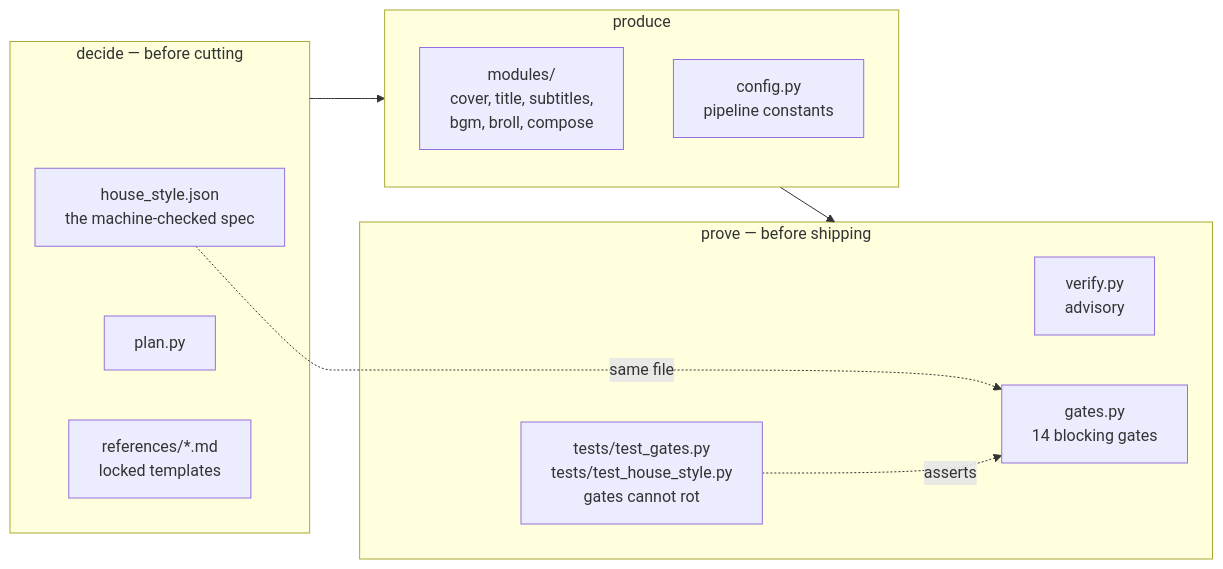
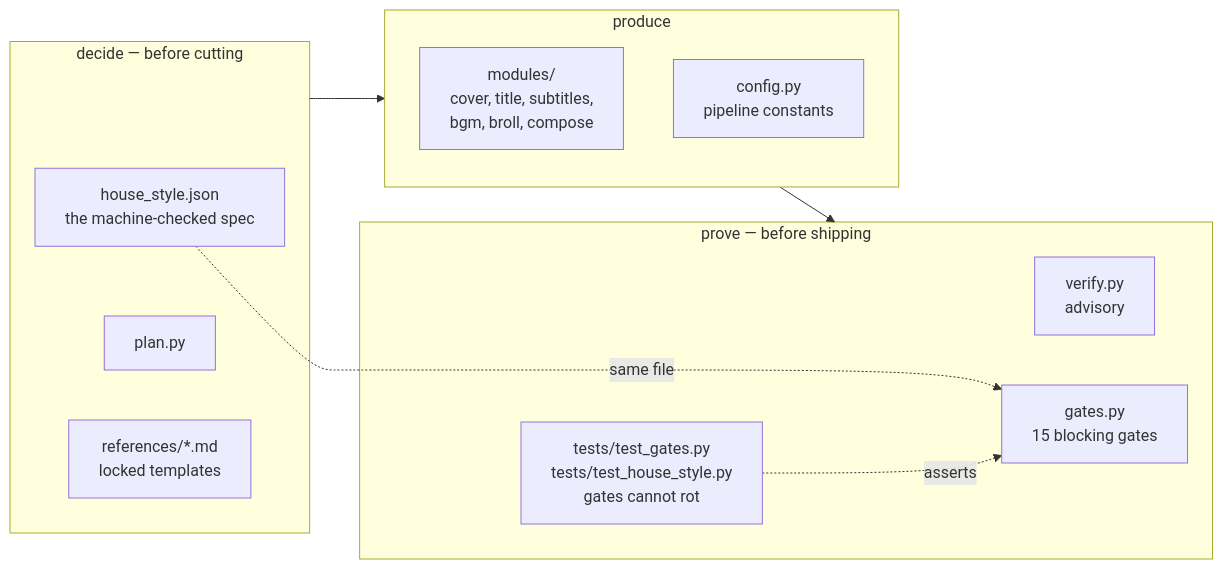
The second of 4 diagrams in ARCHITECTURE.md (chyiiiiiiiiiiii/yiibu), drawn with Mermaid before and after one commit. The commit also changed other lines of this file and 7 other files, not shown here.

````diff
--- a/ARCHITECTURE.md
+++ b/ARCHITECTURE.md
@@ -92,20 +92,20 @@
 ```mermaid
 flowchart LR
     subgraph decide["decide — before cutting"]
         spec[house_style.json<br/>the machine-checked spec]
         plan[plan.py]
         refs[references/*.md<br/>locked templates]
     end
     subgraph produce["produce"]
         mods[modules/<br/>cover, title, subtitles,<br/>bgm, broll, compose]
         cfg[config.py<br/>pipeline constants]
     end
     subgraph prove["prove — before shipping"]
         verify[verify.py<br/>advisory]
-        gates[gates.py<br/>14 blocking gates]
+        gates[gates.py<br/>15 blocking gates]
         tests[tests/test_gates.py<br/>tests/test_house_style.py<br/>gates cannot rot]
     end
     decide --> produce --> prove
     spec -.same file.-> gates
     tests -.asserts.-> gates
 ```
````
